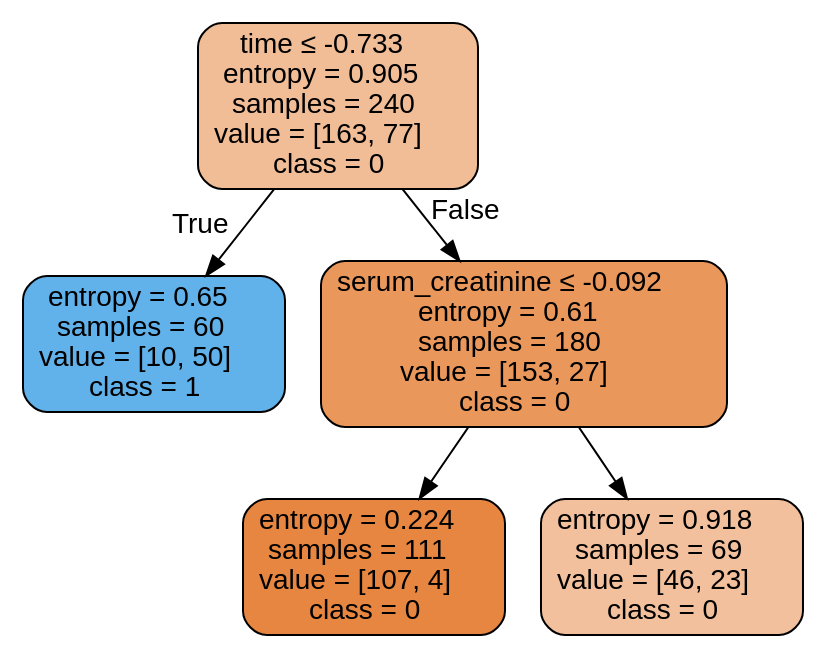
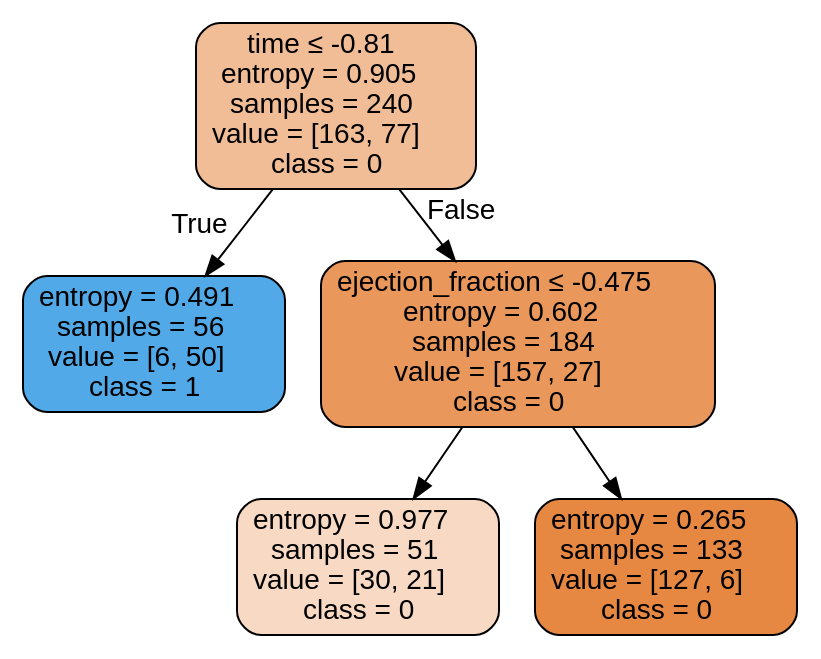
The diagram in Labs/NewClassifiers/Results/DecisionTrees/Original/ - No Outliers, Scaling & Feature Selection/HFCR - Original - dtree.dot (isabelSoares/CD-2021), drawn with Graphviz before and after one commit. The commit also changed 261 other files, not shown here.

```diff
--- a/Labs/NewClassifiers/Results/DecisionTrees/Original/ - No Outliers, Scaling & Feature Selection/HFCR - Original - dtree.dot
+++ b/Labs/NewClassifiers/Results/DecisionTrees/Original/ - No Outliers, Scaling & Feature Selection/HFCR - Original - dtree.dot
@@ -1,13 +1,13 @@
 digraph Tree {
 node [shape=box, style="filled, rounded", color="black", fontname=helvetica] ;
 edge [fontname=helvetica] ;
-0 [label=<time &le; -0.733<br/>entropy = 0.905<br/>samples = 240<br/>value = [163, 77]<br/>class = 0>, fillcolor="#f1bd97"] ;
-1 [label=<entropy = 0.65<br/>samples = 60<br/>value = [10, 50]<br/>class = 1>, fillcolor="#61b1ea"] ;
+0 [label=<time &le; -0.81<br/>entropy = 0.905<br/>samples = 240<br/>value = [163, 77]<br/>class = 0>, fillcolor="#f1bd97"] ;
+1 [label=<entropy = 0.491<br/>samples = 56<br/>value = [6, 50]<br/>class = 1>, fillcolor="#51a9e8"] ;
 0 -> 1 [labeldistance=2.5, labelangle=45, headlabel="True"] ;
-2 [label=<serum_creatinine &le; -0.092<br/>entropy = 0.61<br/>samples = 180<br/>value = [153, 27]<br/>class = 0>, fillcolor="#ea975c"] ;
+2 [label=<ejection_fraction &le; -0.475<br/>entropy = 0.602<br/>samples = 184<br/>value = [157, 27]<br/>class = 0>, fillcolor="#e9975b"] ;
 0 -> 2 [labeldistance=2.5, labelangle=-45, headlabel="False"] ;
-3 [label=<entropy = 0.224<br/>samples = 111<br/>value = [107, 4]<br/>class = 0>, fillcolor="#e68640"] ;
+3 [label=<entropy = 0.977<br/>samples = 51<br/>value = [30, 21]<br/>class = 0>, fillcolor="#f7d9c4"] ;
 2 -> 3 ;
-4 [label=<entropy = 0.918<br/>samples = 69<br/>value = [46, 23]<br/>class = 0>, fillcolor="#f2c09c"] ;
+4 [label=<entropy = 0.265<br/>samples = 133<br/>value = [127, 6]<br/>class = 0>, fillcolor="#e68742"] ;
 2 -> 4 ;
 }
```
